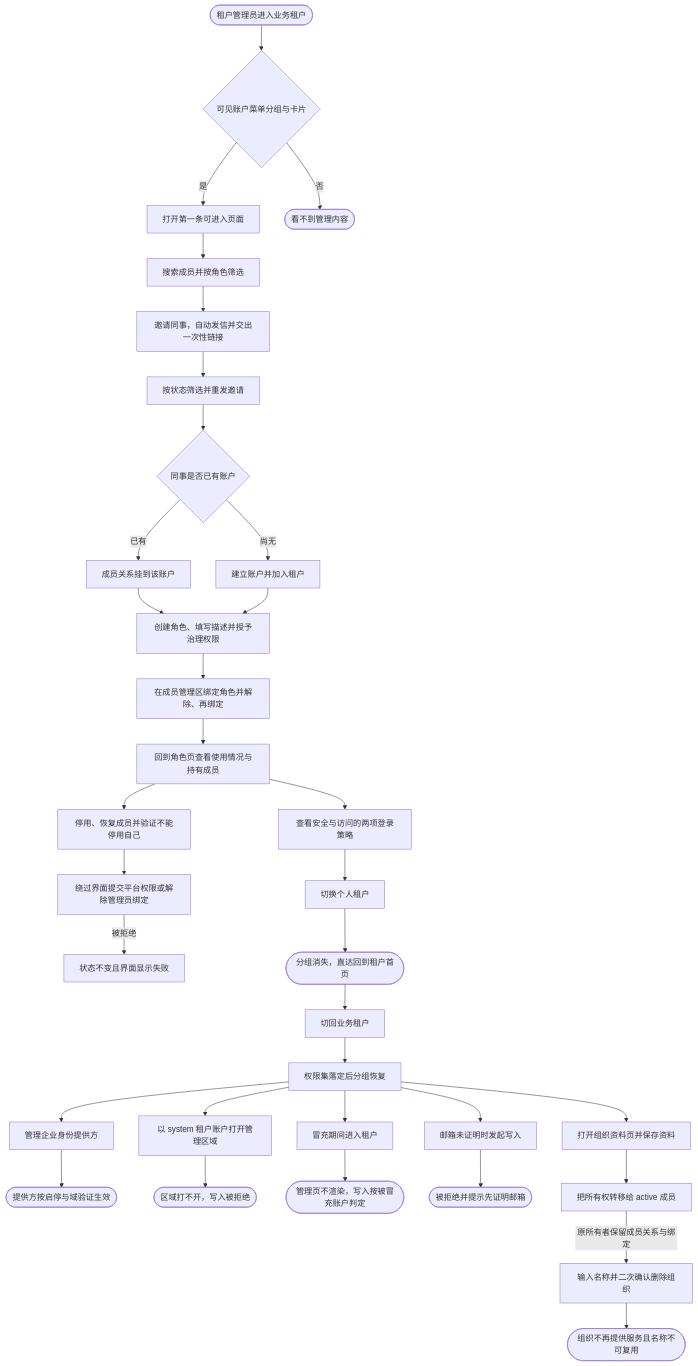
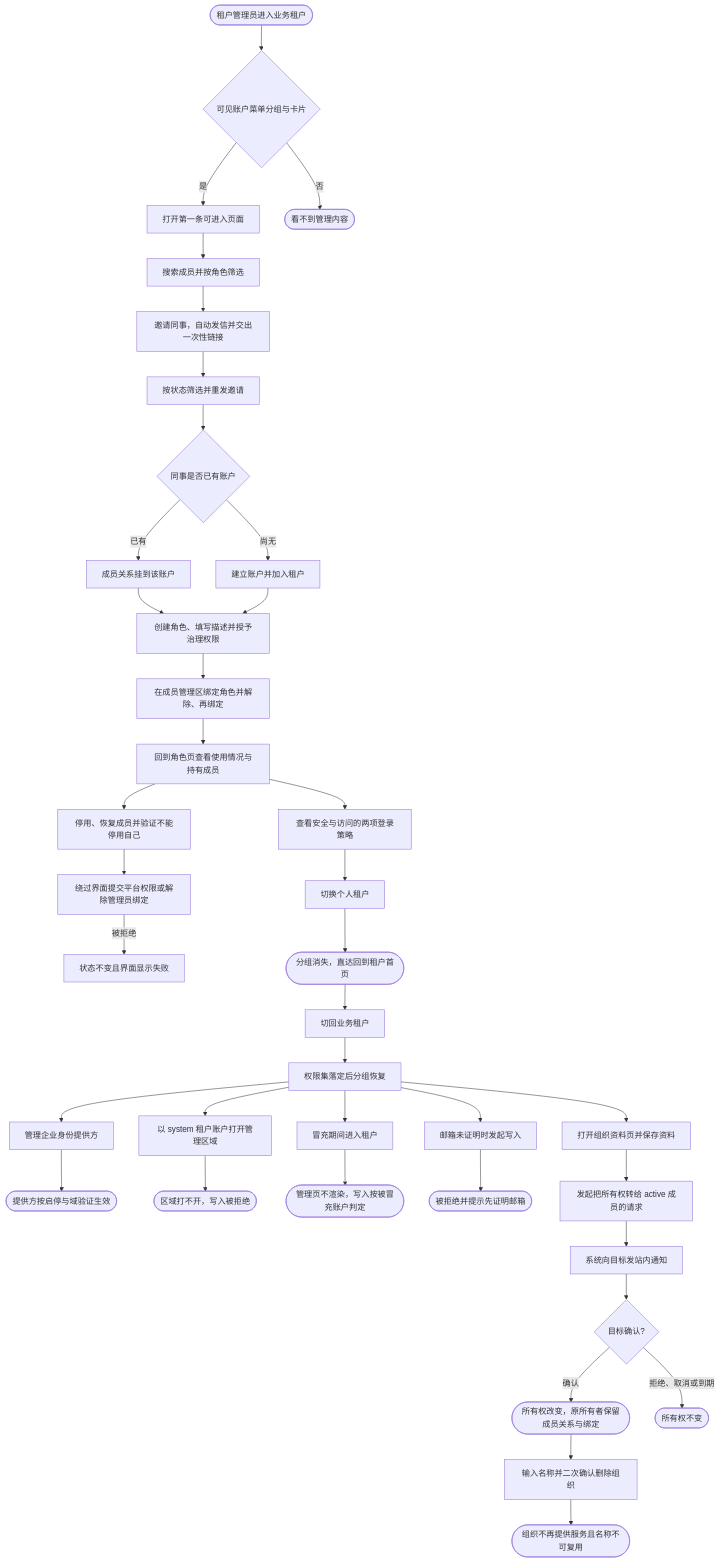
One commit to wangzw/speed changed the diagram in docs/prd/journeys/journey-tenant-admin.md. Above: the diagram before and after it, drawn with Mermaid. The commit also changed other lines of this file and 96 other files, not shown here.

````diff
--- a/docs/prd/journeys/journey-tenant-admin.md
+++ b/docs/prd/journeys/journey-tenant-admin.md
@@ -92,36 +92,40 @@
 ```mermaid
 flowchart TD
     A([租户管理员进入业务租户]) --> B{可见账户菜单分组与卡片}
     B -->|是| C[打开第一条可进入页面]
     B -->|否| Z([看不到管理内容])
     C --> C1[搜索成员并按角色筛选]
     C1 --> D[邀请同事，自动发信并交出一次性链接]
     D --> D1[按状态筛选并重发邀请]
     D1 --> E{同事是否已有账户}
     E -->|已有| F[成员关系挂到该账户]
     E -->|尚无| G[建立账户并加入租户]
     F --> H[创建角色、填写描述并授予治理权限]
     G --> H
     H --> I[在成员管理区绑定角色并解除、再绑定]
     I --> I1[回到角色页查看使用情况与持有成员]
     I1 --> I2[停用、恢复成员并验证不能停用自己]
     I2 --> J[绕过界面提交平台权限或解除管理员绑定]
     J -->|被拒绝| K[状态不变且界面显示失败]
     I1 --> L[查看安全与访问的两项登录策略]
     L --> M[切换个人租户]
     M --> N([分组消失，直达回到租户首页])
     N --> O[切回业务租户]
     O --> P[权限集落定后分组恢复]
     P --> Q[管理企业身份提供方]
     Q --> R([提供方按启停与域验证生效])
     P --> S[以 system 租户账户打开管理区域]
     S --> T([区域打不开，写入被拒绝])
     P --> U[冒充期间进入租户]
     U --> V([管理页不渲染，写入按被冒充账户判定])
     P --> W[邮箱未证明时发起写入]
     W --> X([被拒绝并提示先证明邮箱])
     P --> Y[打开组织资料页并保存资料]
-    Y --> Y1[把所有权转移给 active 成员]
-    Y1 -->|原所有者保留成员关系与绑定| Y2[输入名称并二次确认删除组织]
+    Y --> Y1[发起把所有权转给 active 成员的请求]
+    Y1 --> Y1n[系统向目标发站内通知]
+    Y1n --> Y1a{目标确认?}
+    Y1a -->|确认| Y1b([所有权改变，原所有者保留成员关系与绑定])
+    Y1a -->|拒绝、取消或到期| Y1c([所有权不变])
+    Y1b --> Y2[输入名称并二次确认删除组织]
     Y2 --> Y3([组织不再提供服务且名称不可复用])
 ```
````
